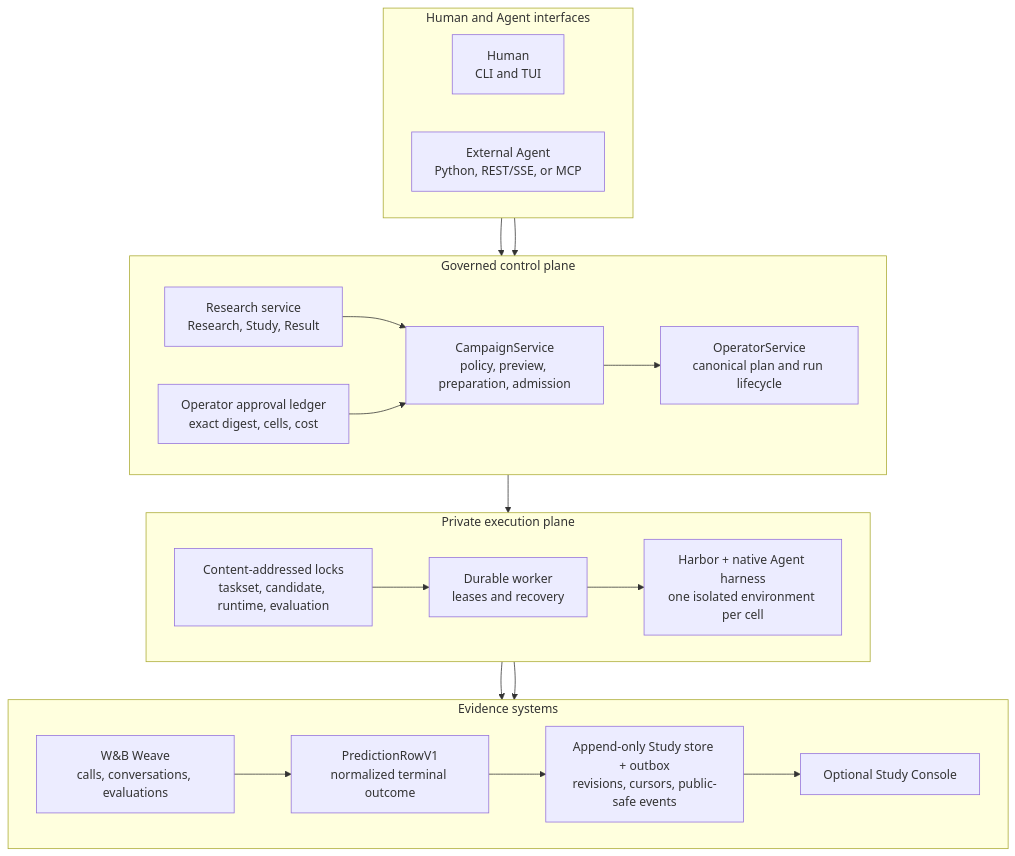
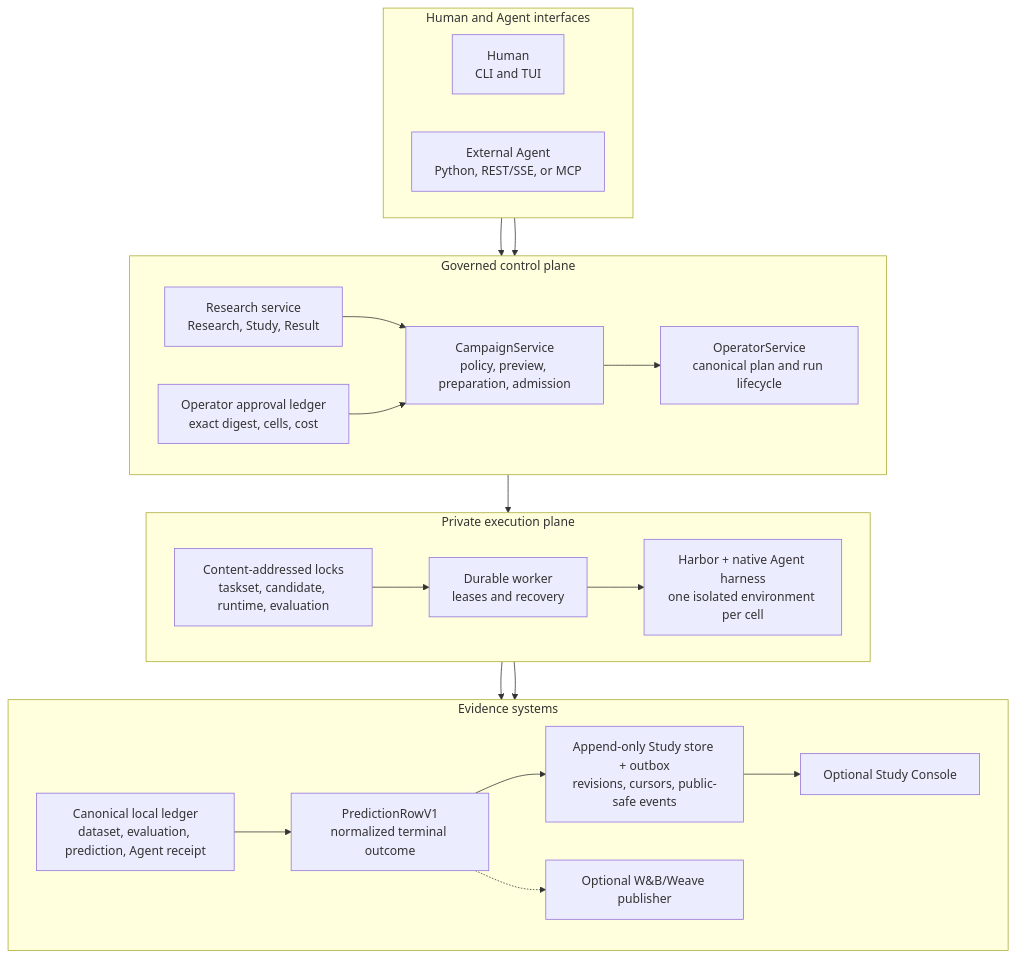
One commit to ash0ts/fugue changed the third of 13 diagrams in README.md. Above: the diagram before and after it, drawn with Mermaid. The commit also changed other lines of this file and 88 other files, not shown here.

````diff
--- a/README.md
+++ b/README.md
@@ -130,41 +135,43 @@
 ```mermaid
 flowchart TB
     subgraph CLIENTS["Human and Agent interfaces"]
         direction LR
         CLI["Human<br/>CLI and TUI"]
         AGENT_API["External Agent<br/>Python, REST/SSE, or MCP"]
     end
 
     subgraph CONTROL["Governed control plane"]
         direction LR
         RESEARCH["Research service<br/>Research, Study, Result"]
         CAMPAIGN["CampaignService<br/>policy, preview, preparation, admission"]
         APPROVAL["Operator approval ledger<br/>exact digest, cells, cost"]
         OPERATOR["OperatorService<br/>canonical plan and run lifecycle"]
         RESEARCH --> CAMPAIGN --> OPERATOR
         APPROVAL --> CAMPAIGN
     end
 
     subgraph EXECUTION["Private execution plane"]
         direction LR
         LOCKS["Content-addressed locks<br/>taskset, candidate, runtime, evaluation"]
         WORKER["Durable worker<br/>leases and recovery"]
         CELL["Harbor + native Agent harness<br/>one isolated environment per cell"]
         LOCKS --> WORKER --> CELL
     end
 
     subgraph EVIDENCE["Evidence systems"]
         direction LR
-        WEAVE["W&B Weave<br/>calls, conversations, evaluations"]
+        LEDGER["Canonical local ledger<br/>dataset, evaluation, prediction, Agent receipt"]
+        WEAVE["Optional W&B/Weave publisher"]
         ROW["PredictionRowV1<br/>normalized terminal outcome"]
         STORE["Append-only Study store + outbox<br/>revisions, cursors, public-safe events"]
         UI["Optional Study Console"]
-        WEAVE --> ROW --> STORE --> UI
+        LEDGER --> ROW --> STORE --> UI
+        ROW -.-> WEAVE
     end
 
     CLI --> OPERATOR
     AGENT_API --> RESEARCH
     OPERATOR --> LOCKS
-    CELL --> WEAVE
+    CELL --> LEDGER
     CELL --> ROW
 ```
````
